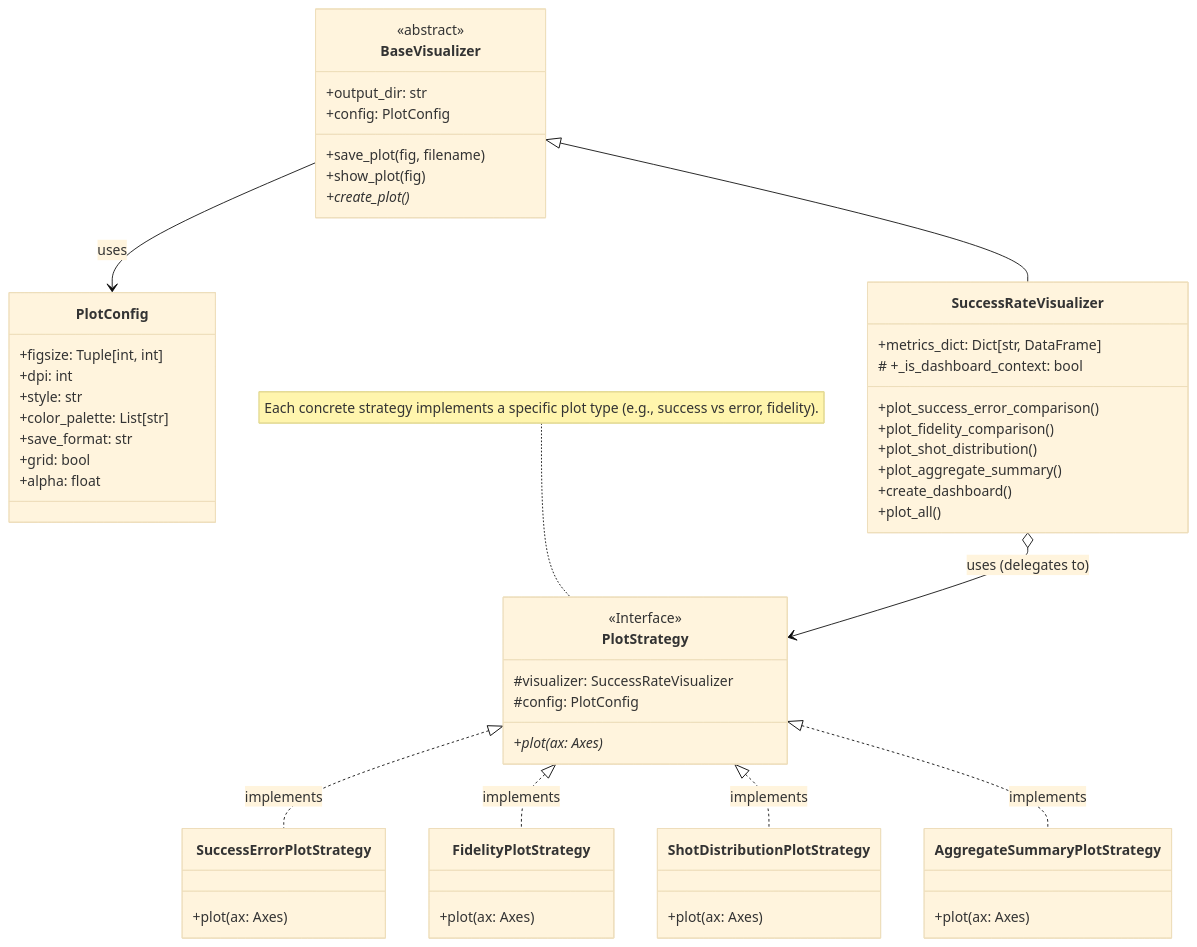
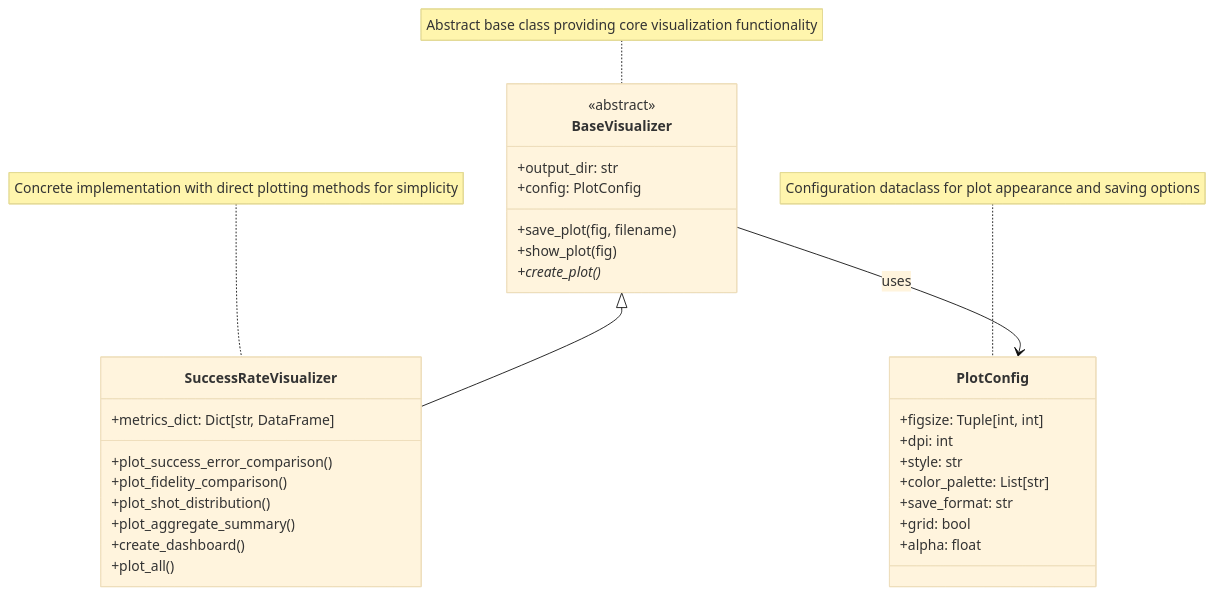
One commit to xthecapx/qiskit-qward changed the fourth of 4 diagrams in docs/architecture.md. Above: the diagram before and after it, drawn with Mermaid (base theme). The commit also changed other lines of this file and 15 other files, not shown here.

First line of the commit message:
Enhance QWARD with Schema-Based Validation and Updated Metrics

````diff
--- a/docs/architecture.md
+++ b/docs/architecture.md
@@ -371,63 +592,38 @@
 ```{mermaid}
 classDiagram
     class BaseVisualizer {
         <<abstract>>
         +output_dir: str
         +config: PlotConfig
         +save_plot(fig, filename)
         +show_plot(fig)
         +create_plot()*
     }
     
     class PlotConfig {
         +figsize: Tuple[int, int]
         +dpi: int
         +style: str
         +color_palette: List[str]
         +save_format: str
         +grid: bool
         +alpha: float
     }
     
     class SuccessRateVisualizer {
         +metrics_dict: Dict[str, DataFrame]
-        # +_is_dashboard_context: bool
         +plot_success_error_comparison()
         +plot_fidelity_comparison()
         +plot_shot_distribution()
         +plot_aggregate_summary()
         +create_dashboard()
         +plot_all()
     }
 
-    class PlotStrategy {
-        <<Interface>>
-        #visualizer: SuccessRateVisualizer
-        #config: PlotConfig
-        +plot(ax: Axes)*
-    }
-
-    class SuccessErrorPlotStrategy {
-        +plot(ax: Axes)
-    }
-    class FidelityPlotStrategy {
-        +plot(ax: Axes)
-    }
-    class ShotDistributionPlotStrategy {
-        +plot(ax: Axes)
-    }
-    class AggregateSummaryPlotStrategy {
-        +plot(ax: Axes)
-    }
-    
-    note for PlotStrategy "Each concrete strategy implements a specific plot type (e.g., success vs error, fidelity)."
-
     BaseVisualizer <|-- SuccessRateVisualizer
     BaseVisualizer --> PlotConfig : uses
-    SuccessRateVisualizer o--> PlotStrategy : uses (delegates to)
-
-    PlotStrategy <|.. SuccessErrorPlotStrategy : implements
-    PlotStrategy <|.. FidelityPlotStrategy : implements
-    PlotStrategy <|.. ShotDistributionPlotStrategy : implements
-    PlotStrategy <|.. AggregateSummaryPlotStrategy : implements
+    
+    note for BaseVisualizer "Abstract base class providing core visualization functionality"
+    note for SuccessRateVisualizer "Concrete implementation with direct plotting methods for simplicity"
+    note for PlotConfig "Configuration dataclass for plot appearance and saving options"
 ```
````
